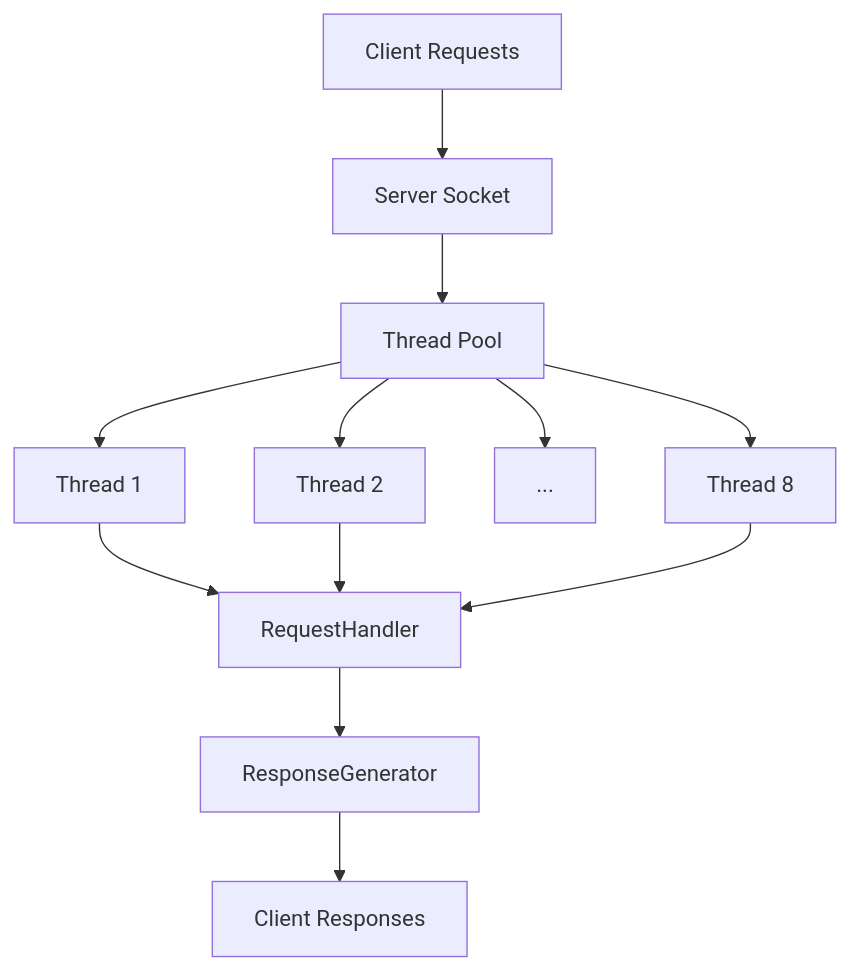
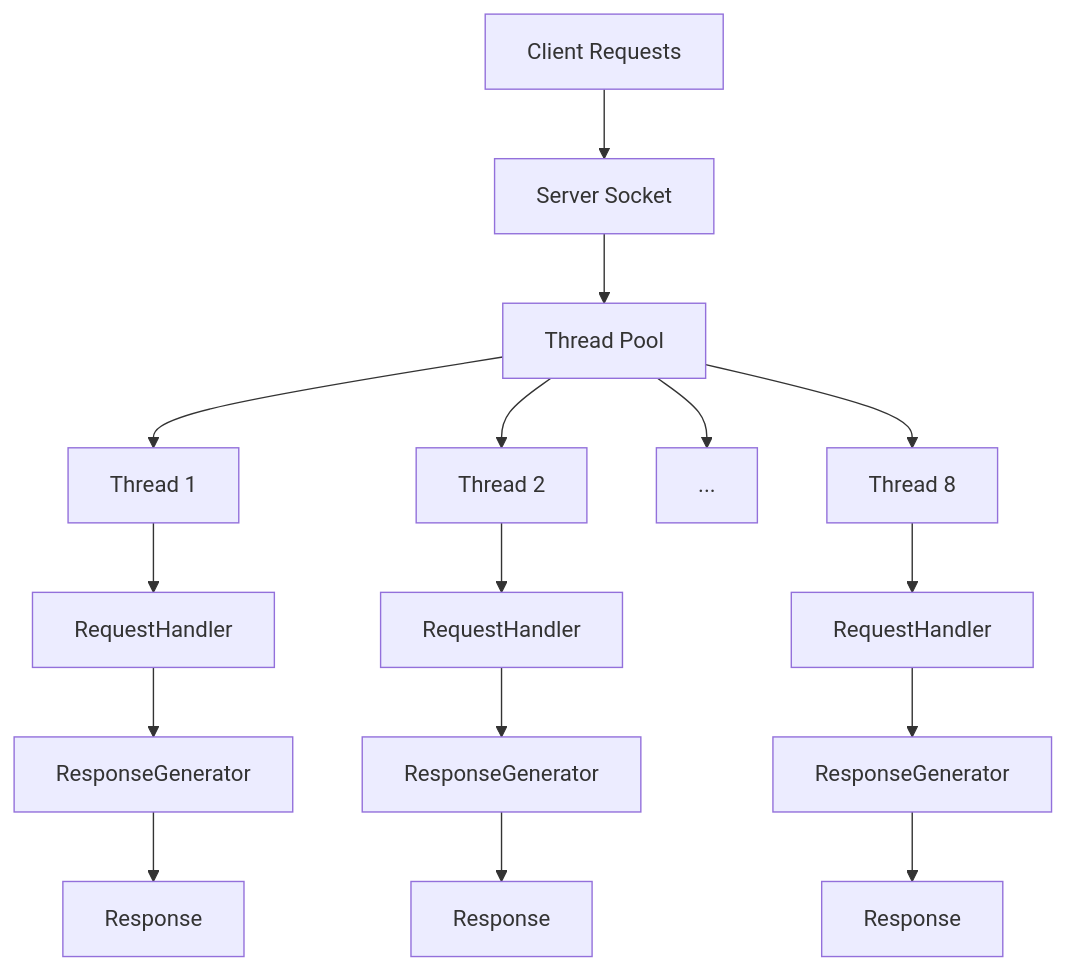
Before and after one commit to OmarDawoud4/multithreaded-http-server: the diagram in README.md, drawn with Mermaid.

````diff
--- a/README.md
+++ b/README.md
@@ -11,19 +11,23 @@
 ```mermaid
 graph TD
     Clients[Client Requests] --> ServerSocket[Server Socket]
     
     ServerSocket --> ThreadPool[Thread Pool]
     
     ThreadPool --> Thread1[Thread 1]
     ThreadPool --> Thread2[Thread 2]
     ThreadPool --> Thread3[...]
     ThreadPool --> Thread8[Thread 8]
     
-    Thread1 --> Handler[RequestHandler]
-    Thread2 --> Handler
-    Thread8 --> Handler
+    Thread1 --> Handler1[RequestHandler]
+    Thread2 --> Handler2[RequestHandler]
+    Thread8 --> Handler8[RequestHandler]
     
-    Handler --> Response[ResponseGenerator]
+    Handler1 --> Response1[ResponseGenerator]
+    Handler2 --> Response2[ResponseGenerator]
+    Handler8 --> Response8[ResponseGenerator]
     
-    Response --> ClientResponse[Client Responses]
+    Response1 --> ClientResponse1[Response]
+    Response2 --> ClientResponse2[Response]
+    Response8 --> ClientResponse8[Response]
 ```
````
